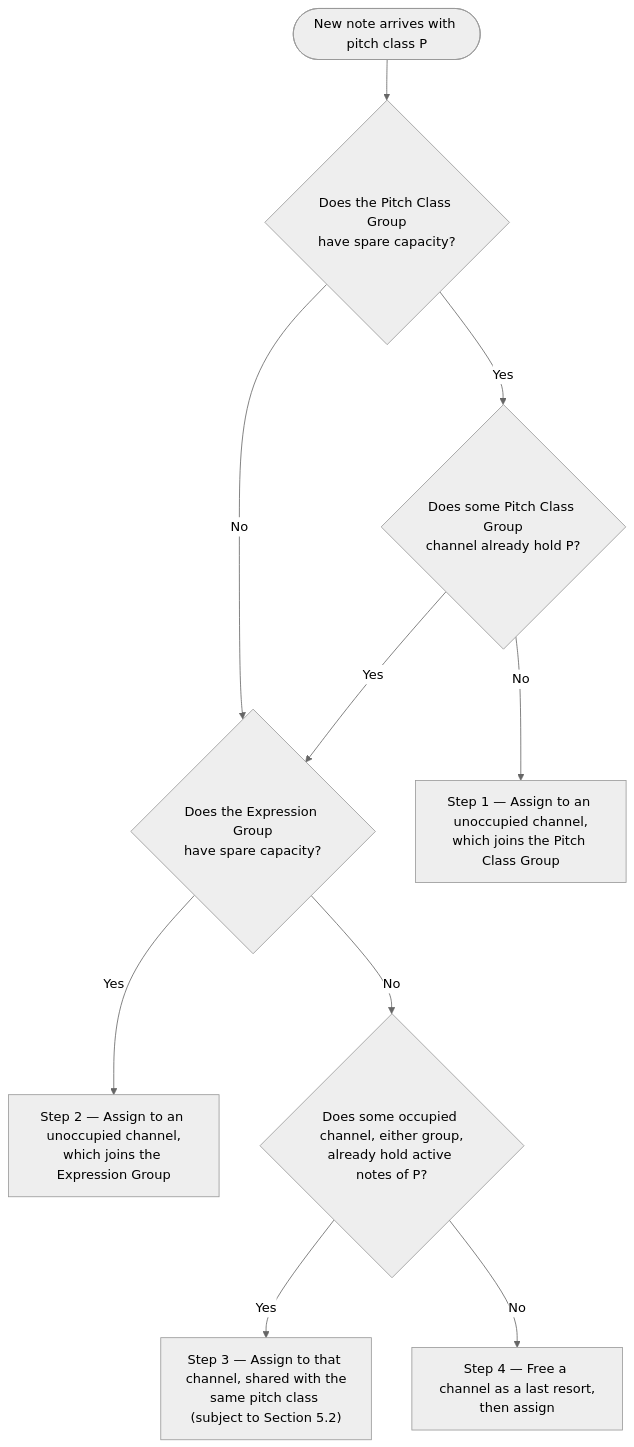
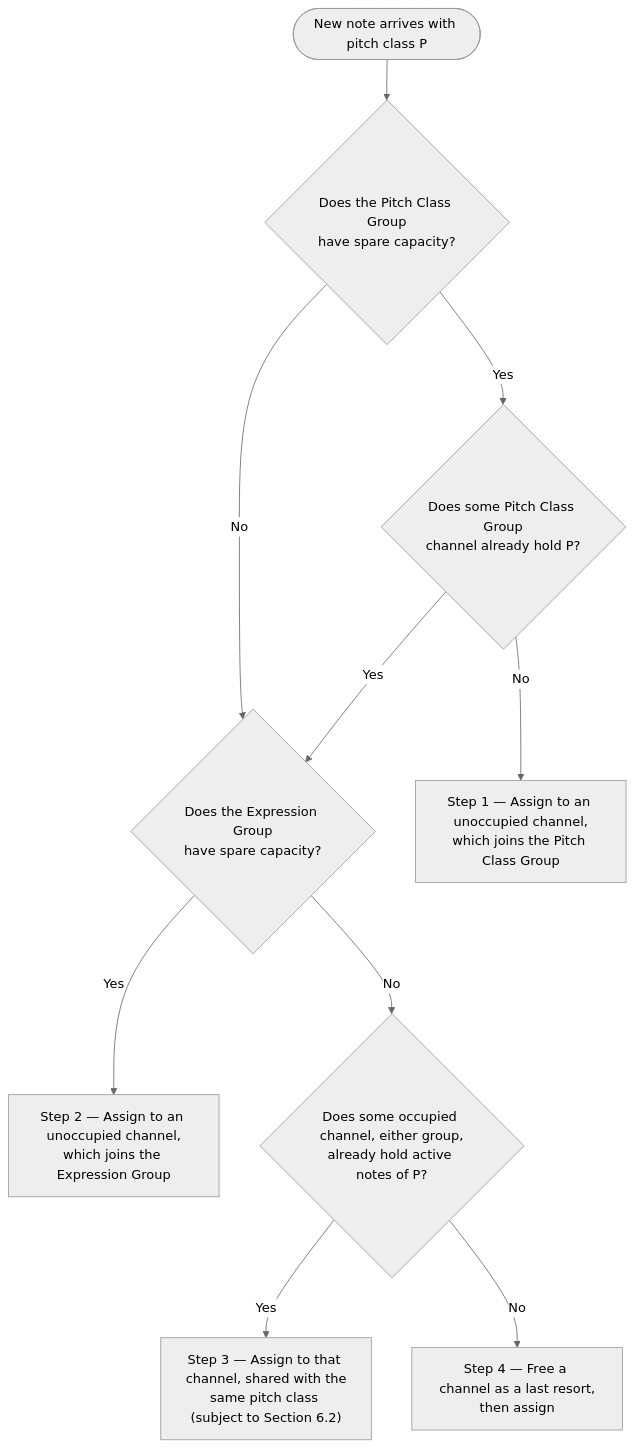
The second of 2 diagrams in docs/architecture/tuner/mpe-tuner-paper.md (calinburloiu/microtonalist), drawn with Mermaid (neutral theme) before and after one commit. The commit also changed other lines of this file and 2 other files, not shown here.

````diff
--- a/docs/architecture/tuner/mpe-tuner-paper.md
+++ b/docs/architecture/tuner/mpe-tuner-paper.md
@@ -344,20 +386,20 @@
 ```mermaid
 flowchart TD
     Start([New note arrives with pitch class P]) --> Q1a
 
     Q1a{"Does the Pitch Class Group<br/>have spare capacity?"}
     Q1a -- No --> Q2
     Q1a -- Yes --> Q1b
 
     Q1b{"Does some Pitch Class Group<br/>channel already hold P?"}
     Q1b -- Yes --> Q2
     Q1b -- No --> A1["Step 1 — Assign to an unoccupied channel,<br/>which joins the Pitch Class Group"]
 
     Q2{"Does the Expression Group<br/>have spare capacity?"}
     Q2 -- Yes --> A2["Step 2 — Assign to an unoccupied channel,<br/>which joins the Expression Group"]
     Q2 -- No --> Q3
 
     Q3{"Does some occupied channel, either group,<br/>already hold active notes of P?"}
-    Q3 -- Yes --> A3["Step 3 — Assign to that channel, shared with the<br/>same pitch class (subject to Section 5.2)"]
+    Q3 -- Yes --> A3["Step 3 — Assign to that channel, shared with the<br/>same pitch class (subject to Section 6.2)"]
     Q3 -- No --> A4["Step 4 — Free a channel as a last resort,<br/>then assign"]
 ```
````
